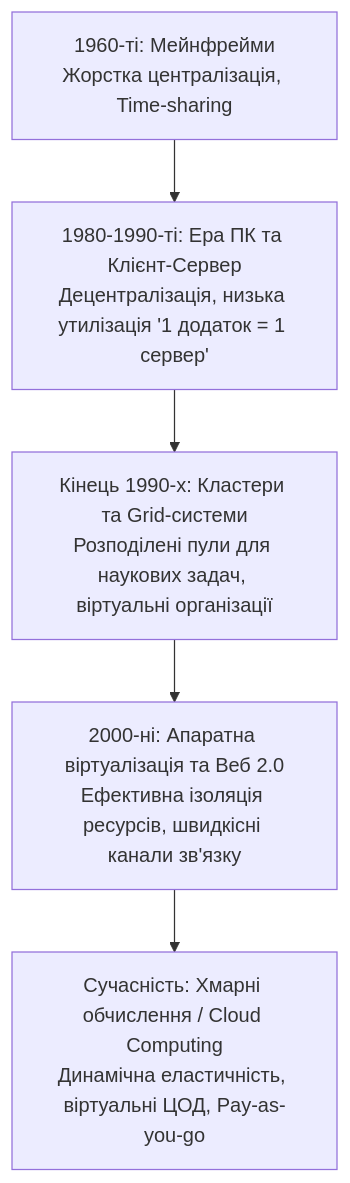
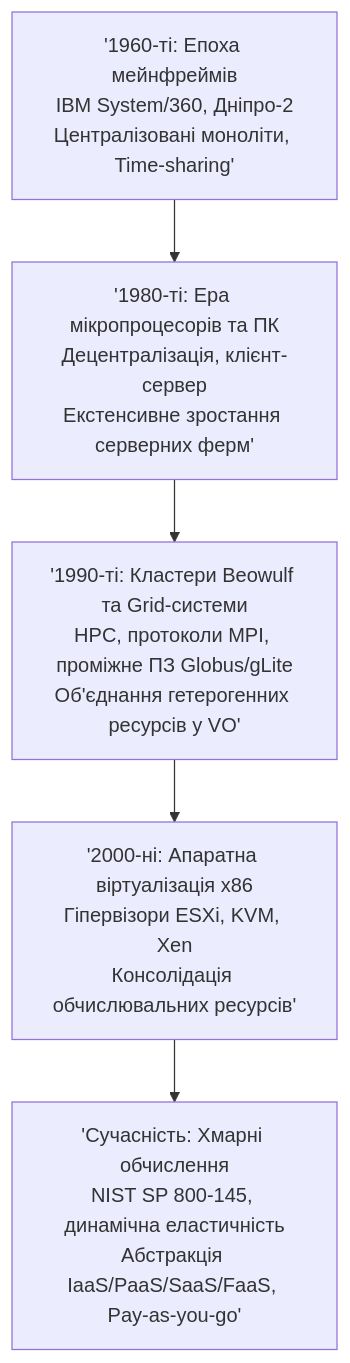
The first of 5 diagrams in docs/lk/lk1.md (KyryloVadurin/cloud-technologies), drawn with Mermaid before and after one commit. The commit also changed other lines of this file, not shown here.

````diff
--- a/docs/lk/lk1.md
+++ b/docs/lk/lk1.md
@@ -19,7 +61,7 @@
 ```mermaid
 flowchart TD
-    A[1960-ті: Мейнфрейми<br/>Жорстка централізація, Time-sharing] --> B[1980-1990-ті: Ера ПК та Клієнт-Сервер<br/>Децентралізація, низька утилізація '1 додаток = 1 сервер']
-    B --> C[Кінець 1990-х: Кластери та Grid-системи<br/>Розподілені пули для наукових задач, віртуальні організації]
-    C --> D[2000-ні: Апаратна віртуалізація та Веб 2.0<br/>Ефективна ізоляція ресурсів, швидкісні канали зв'язку]
-    D --> E[Сучасність: Хмарні обчислення / Cloud Computing<br/>Динамічна еластичність, віртуальні ЦОД, Pay-as-you-go]
+    A['1960-ті: Епоха мейнфреймів<br/>IBM System/360, Дніпро-2<br/>Централізовані моноліти, Time-sharing'] --> B['1980-ті: Ера мікропроцесорів та ПК<br/>Децентралізація, клієнт-сервер<br/>Екстенсивне зростання серверних ферм']
+    B --> C['1990-ті: Кластери Beowulf та Grid-системи<br/>HPC, протоколи MPI, проміжне ПЗ Globus/gLite<br/>Об'єднання гетерогенних ресурсів у VO']
+    C --> D['2000-ні: Апаратна віртуалізація x86<br/>Гіпервізори ESXi, KVM, Xen<br/>Консолідація обчислювальних ресурсів']
+    D --> E['Сучасність: Хмарні обчислення<br/>NIST SP 800-145, динамічна еластичність<br/>Абстракція IaaS/PaaS/SaaS/FaaS, Pay-as-you-go']
 ```
````
